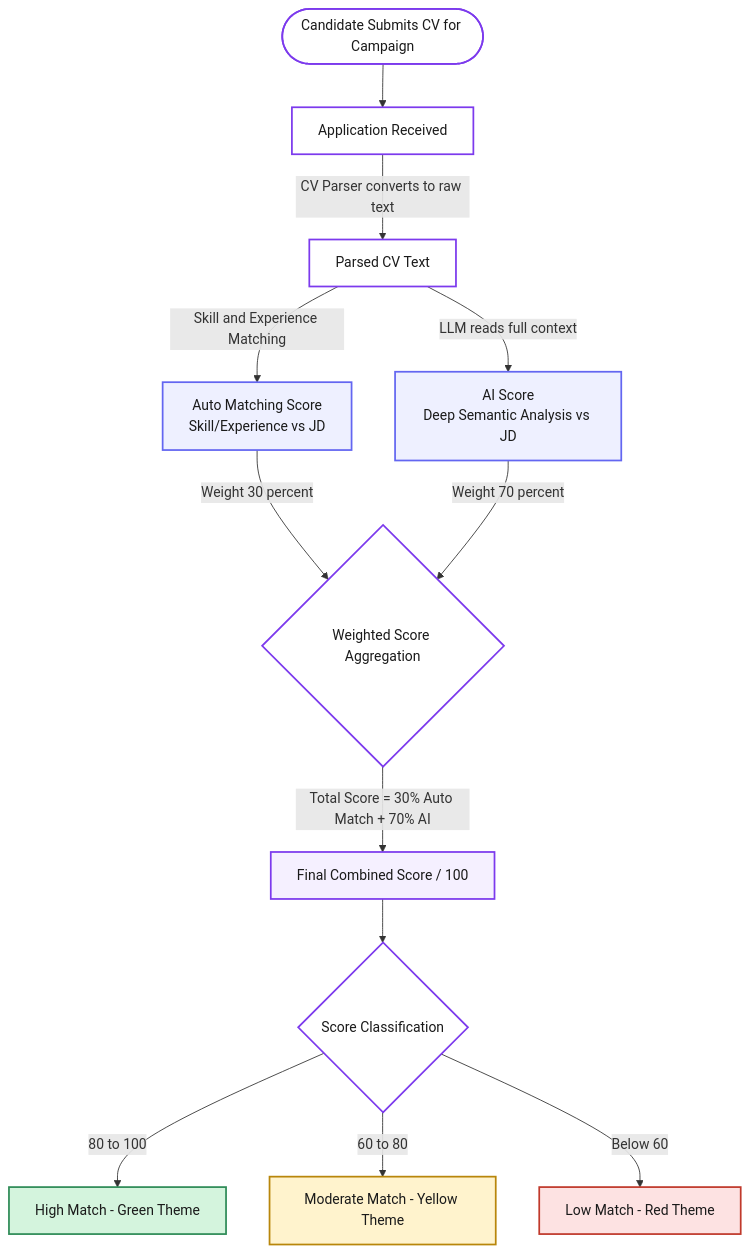
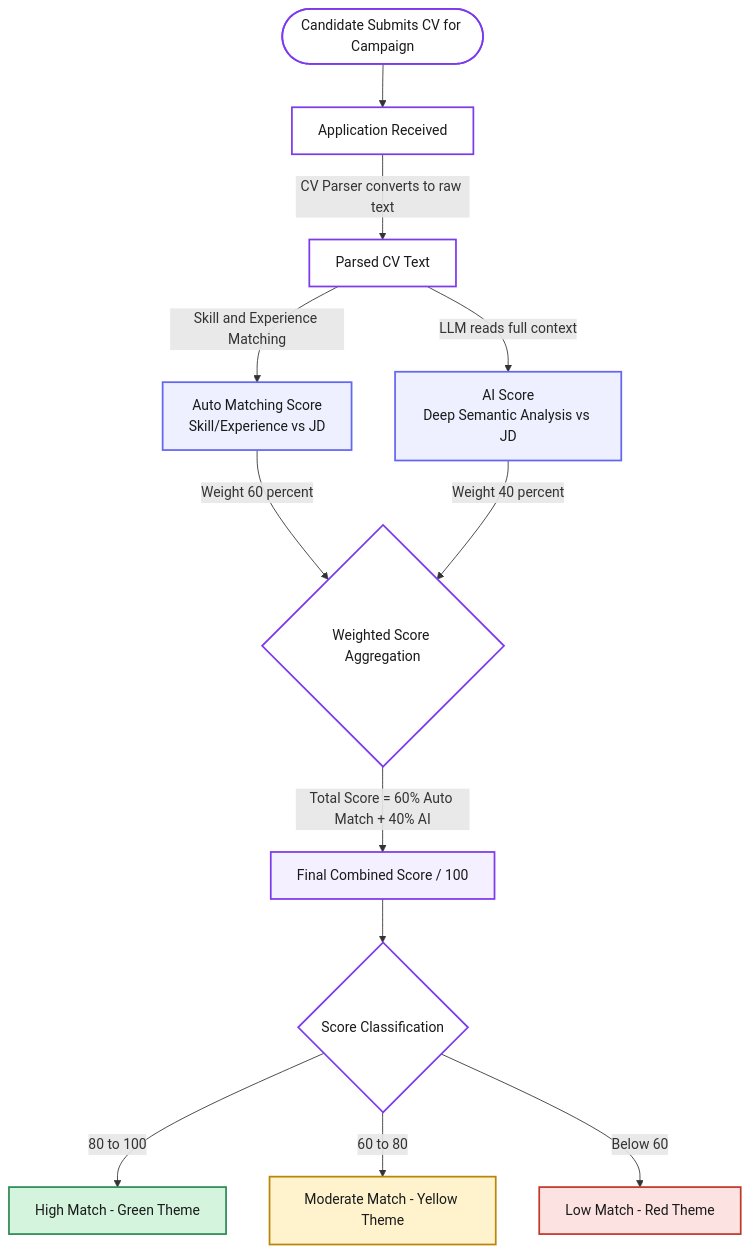
One commit to quocuy0112/Software-Engineering---Group-9 changed the diagram in docs/vision_document_preview/Usercase_Diagram_Scoring_Engine.md. Above: the diagram before and after it, drawn with Mermaid. The commit also changed other lines of this file and 6 other files, not shown here.

````diff
--- a/docs/vision_document_preview/Usercase_Diagram_Scoring_Engine.md
+++ b/docs/vision_document_preview/Usercase_Diagram_Scoring_Engine.md
@@ -23,33 +29,33 @@
 ```mermaid
 flowchart TD
     Start([Candidate Submits CV for Campaign]) --> Submitted[Application Received]
     Submitted -->|CV Parser converts to raw text| Parsed[Parsed CV Text]
 
     Parsed -->|Skill and Experience Matching| AutoScore[Auto Matching Score<br/>Skill/Experience vs JD]
     Parsed -->|LLM reads full context| AIScore[AI Score<br/>Deep Semantic Analysis vs JD]
 
-    AutoScore -->|Weight 30 percent| Combine{Weighted Score Aggregation}
-    AIScore -->|Weight 70 percent| Combine
+    AutoScore -->|Weight 60 percent| Combine{Weighted Score Aggregation}
+    AIScore -->|Weight 40 percent| Combine
 
-    Combine -->|Total Score = 30% Auto Match + 70% AI| FinalScore[Final Combined Score / 100]
+    Combine -->|Total Score = 60% Auto Match + 40% AI| FinalScore[Final Combined Score / 100]
 
     FinalScore --> Classify{Score Classification}
 
     Classify -->|80 to 100| Green[High Match - Green Theme]
     Classify -->|60 to 80| Yellow[Moderate Match - Yellow Theme]
     Classify -->|Below 60| Red[Low Match - Red Theme]
 
     style Start fill:#ffffff,stroke:#7c3aed,stroke-width:2px,color:#1a1a1a
     style Submitted fill:#ffffff,stroke:#7c3aed,stroke-width:2px,color:#1a1a1a
     style Parsed fill:#ffffff,stroke:#7c3aed,stroke-width:2px,color:#1a1a1a
     style Combine fill:#ffffff,stroke:#7c3aed,stroke-width:2px,color:#1a1a1a
     style Classify fill:#ffffff,stroke:#7c3aed,stroke-width:2px,color:#1a1a1a
 
     style AutoScore fill:#eef0ff,stroke:#6366f1,stroke-width:2px,color:#1a1a1a
     style AIScore fill:#eef0ff,stroke:#6366f1,stroke-width:2px,color:#1a1a1a
     style FinalScore fill:#f5f0ff,stroke:#7c3aed,stroke-width:2px,color:#1a1a1a
 
     style Green fill:#d4f4dd,stroke:#2e8b57,stroke-width:2px,color:#1a1a1a
     style Yellow fill:#fff3cd,stroke:#b8860b,stroke-width:2px,color:#1a1a1a
     style Red fill:#fde2e2,stroke:#c0392b,stroke-width:2px,color:#1a1a1a
 ```
````
